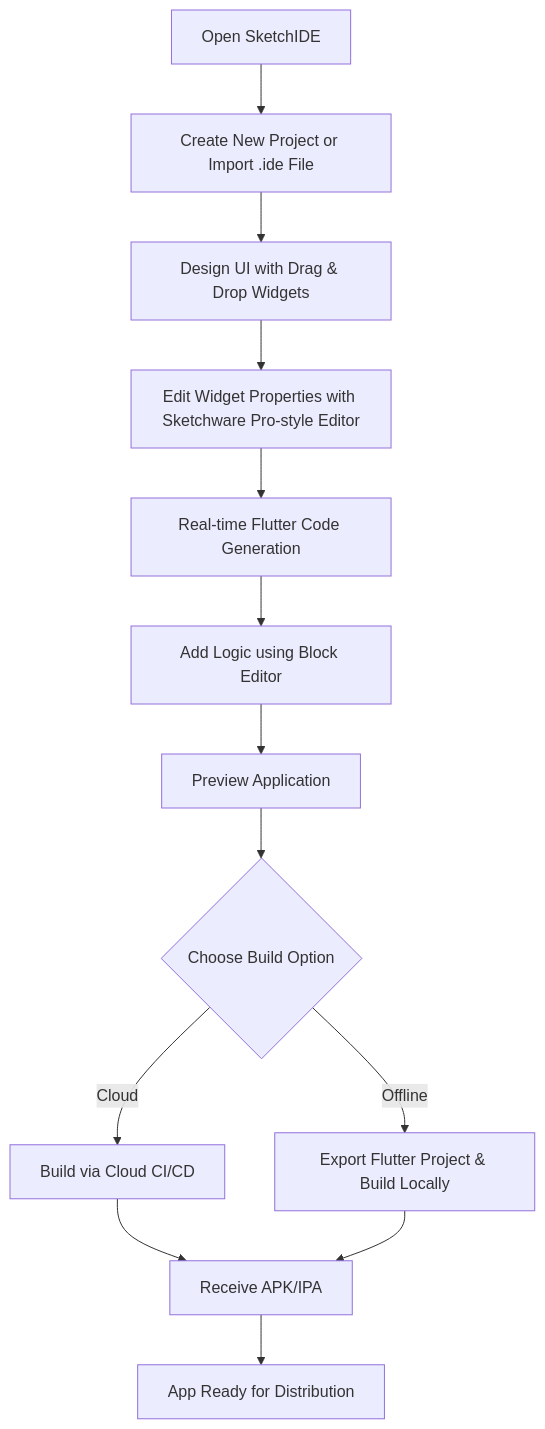
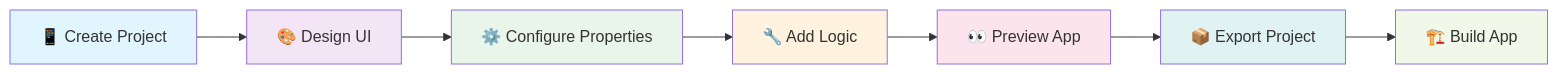
The second of 3 diagrams in README.md (sketchide/SketchIDE), drawn with Mermaid before and after one commit. The commit also changed other lines of this file and 3 other files, not shown here.

Commit message:
Enhance Mobile frame Widget Tap to edit property and mobile frame

````diff
--- a/README.md
+++ b/README.md
@@ -100,15 +113,17 @@
 ```mermaid
-graph TD
-    A[Open SketchIDE] --> B[Create New Project or Import .ide File]
-    B --> C[Design UI with Drag & Drop Widgets]
-    C --> D[Edit Widget Properties with Sketchware Pro-style Editor]
-    D --> E[Real-time Flutter Code Generation]
-    E --> F[Add Logic using Block Editor]
-    F --> G[Preview Application]
-    G --> H{Choose Build Option}
-    H --> |Offline| I[Export Flutter Project & Build Locally]
-    H --> |Cloud| J[Build via Cloud CI/CD]
-    J --> K[Receive APK/IPA]
-    I --> K
-    K --> L[App Ready for Distribution]
+graph LR
+    A[📱 Create Project] --> B[🎨 Design UI]
+    B --> C[⚙️ Configure Properties]
+    C --> D[🔧 Add Logic]
+    D --> E[👀 Preview App]
+    E --> F[📦 Export Project]
+    F --> G[🏗️ Build App]
+    
+    style A fill:#e1f5fe
+    style B fill:#f3e5f5
+    style C fill:#e8f5e8
+    style D fill:#fff3e0
+    style E fill:#fce4ec
+    style F fill:#e0f2f1
+    style G fill:#f1f8e9
 ```
````
